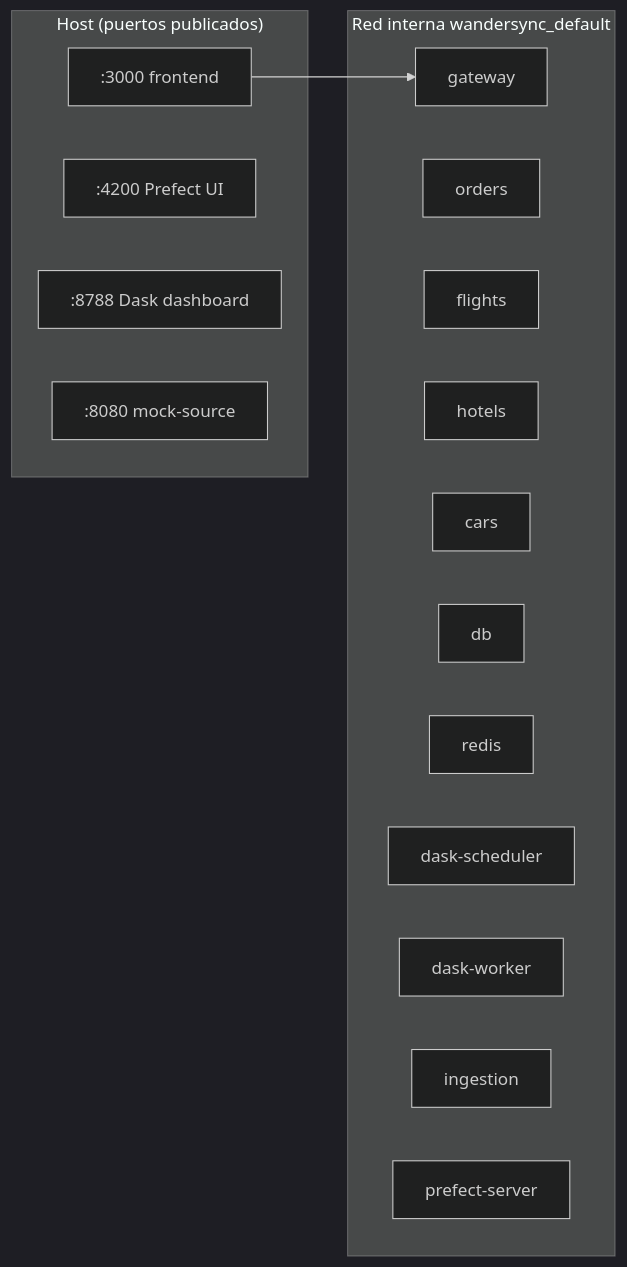
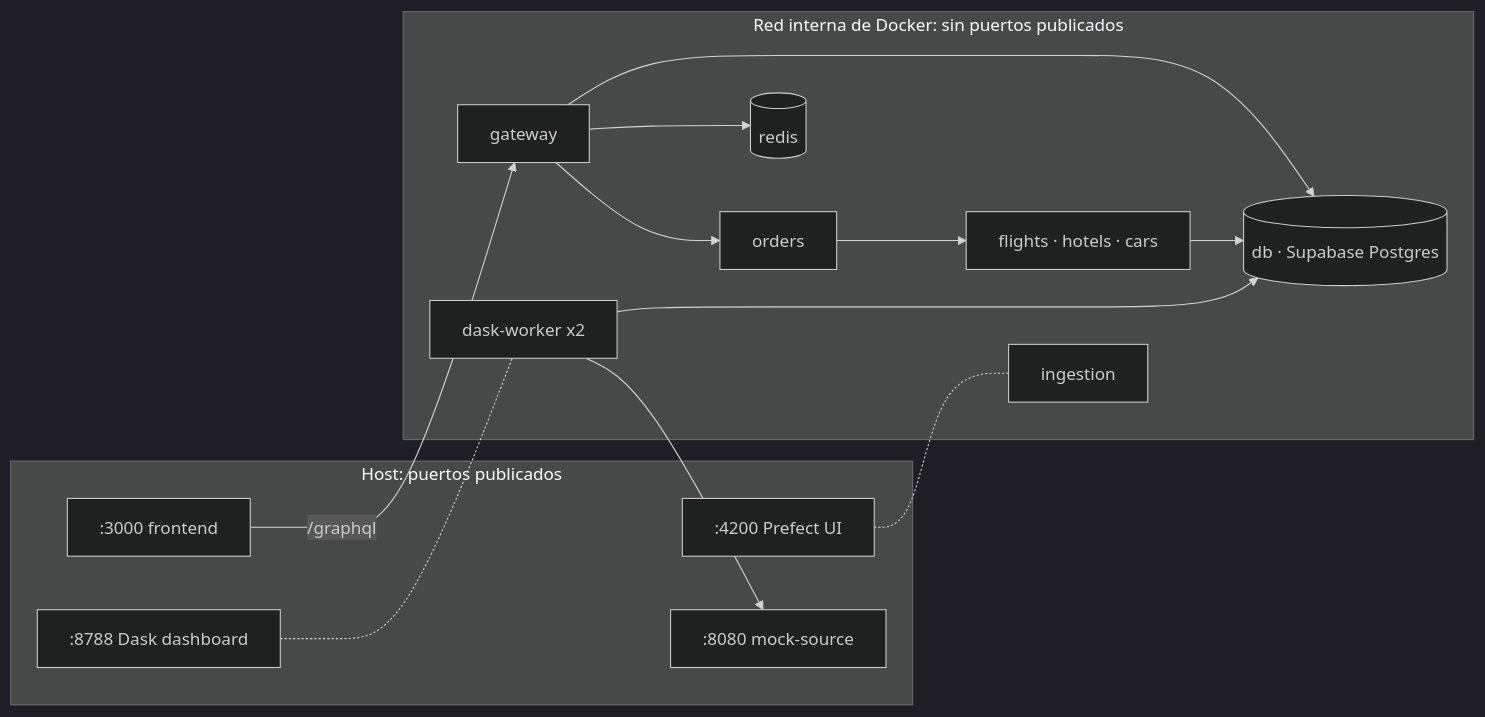
One commit to Josu-s12/WanderSync changed the sixth of 6 diagrams in docs/ARQUITECTURA.md. Above: the diagram before and after it, drawn with Mermaid (dark theme). The commit also changed other lines of this file and 10 other files, not shown here.

First line of the commit message:
Documento tecnico en PDF con diagramas renderizados y evidencias

````diff
--- a/docs/ARQUITECTURA.md
+++ b/docs/ARQUITECTURA.md
@@ -407,13 +453,26 @@
 ```mermaid
 flowchart LR
-  subgraph host["Host (puertos publicados)"]
+  subgraph host["Host: puertos publicados"]
     P3000[":3000 frontend"]
     P4200[":4200 Prefect UI"]
     P8788[":8788 Dask dashboard"]
     P8080[":8080 mock-source"]
   end
-  subgraph net["Red interna wandersync_default"]
-    gateway & orders & flights & hotels & cars & db & redis & dask-scheduler & dask-worker & ingestion & prefect-server
+  subgraph net["Red interna de Docker: sin puertos publicados"]
+    GWN["gateway"]
+    ORN["orders"]
+    INV["flights · hotels · cars"]
+    DBN[("db · Supabase Postgres")]
+    RDN[("redis")]
+    DKN["dask-worker x2"]
+    INGN["ingestion"]
   end
-  P3000 --> gateway
+  P3000 -->|/graphql| GWN
+  GWN --> ORN --> INV --> DBN
+  GWN --> RDN
+  GWN --> DBN
+  P4200 -.- INGN
+  P8788 -.- DKN
+  DKN --> P8080
+  DKN --> DBN
 ```
````
